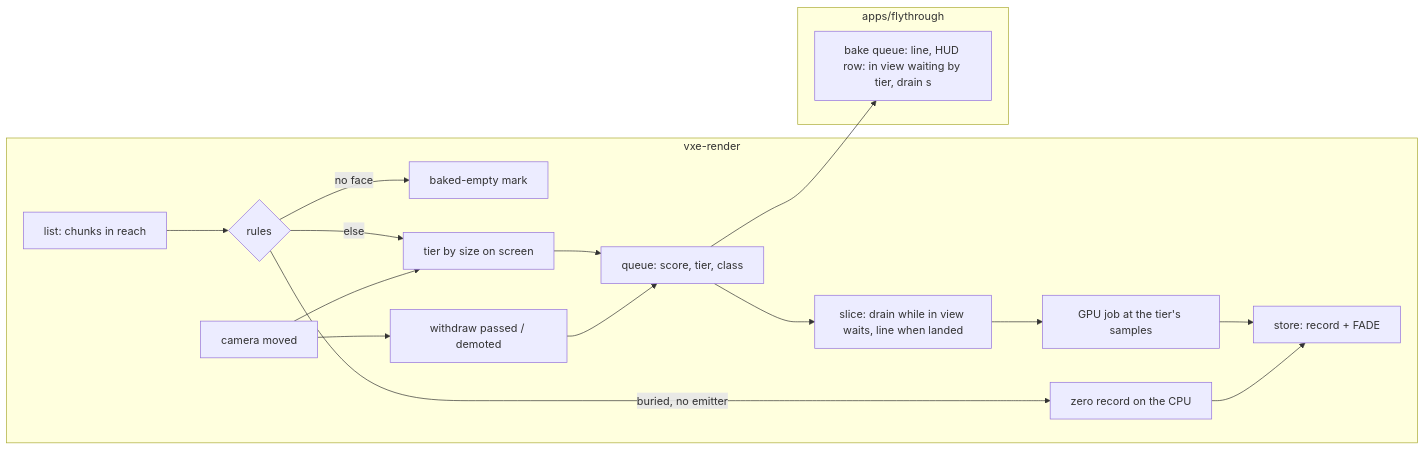
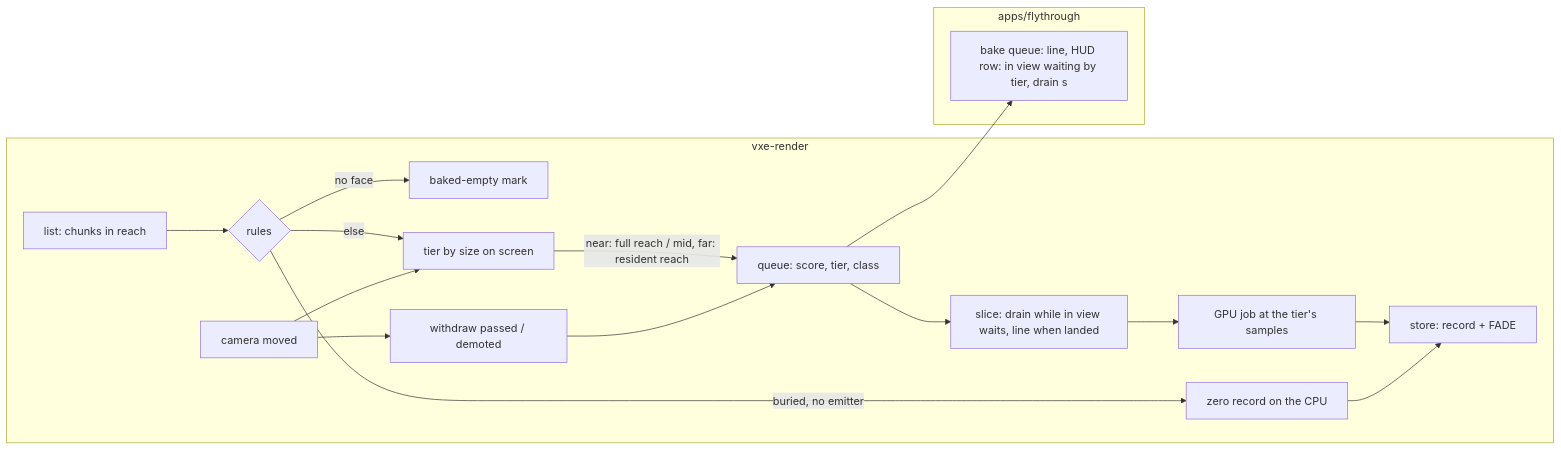
The diagram in docs/plans/0096-the-bake-queues-drain-tiers-a-drain-slice-the-step-and-the-slow-adapters-light-pass.md (IgorKonovalov/voxel-engine), drawn with Mermaid before and after one commit. The commit also changed other lines of this file and 3 other files, not shown here.

````diff
--- a/docs/plans/0096-the-bake-queues-drain-tiers-a-drain-slice-the-step-and-the-slow-adapters-light-pass.md
+++ b/docs/plans/0096-the-bake-queues-drain-tiers-a-drain-slice-the-step-and-the-slow-adapters-light-pass.md
@@ -153,21 +187,21 @@
 ```mermaid
 flowchart LR
     subgraph vxe-render
         L[list: chunks in reach] --> R{rules}
         R -- no face --> E[baked-empty mark]
         R -- buried, no emitter --> Z[zero record on the CPU]
         R -- else --> T[tier by size on screen]
-        T --> Q[queue: score, tier, class]
+        T -- near: full reach / mid, far: resident reach --> Q[queue: score, tier, class]
         Q --> S[slice: drain while in view waits, line when landed]
         S --> J[GPU job at the tier's samples]
         J --> ST[store: record + FADE]
         Z --> ST
         C[camera moved] --> T
         C --> W[withdraw passed / demoted]
         W --> Q
     end
     subgraph apps/flythrough
         H[bake queue: line, HUD row: in view waiting by tier, drain s]
     end
     Q --> H
 ```
````
